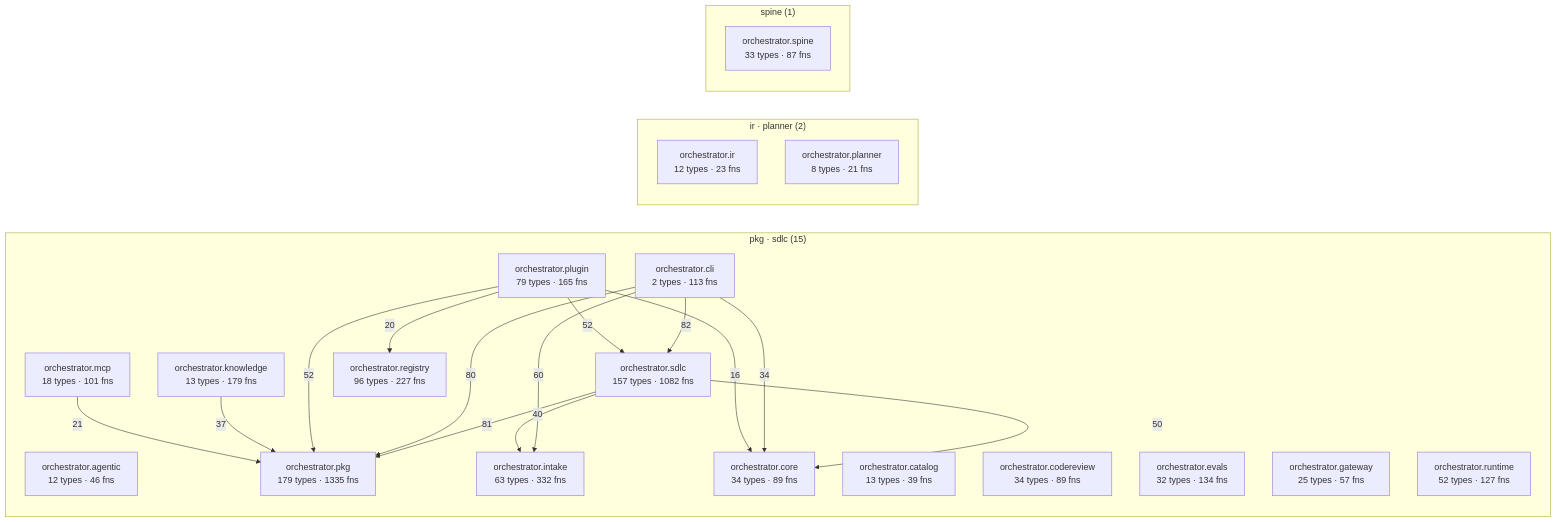
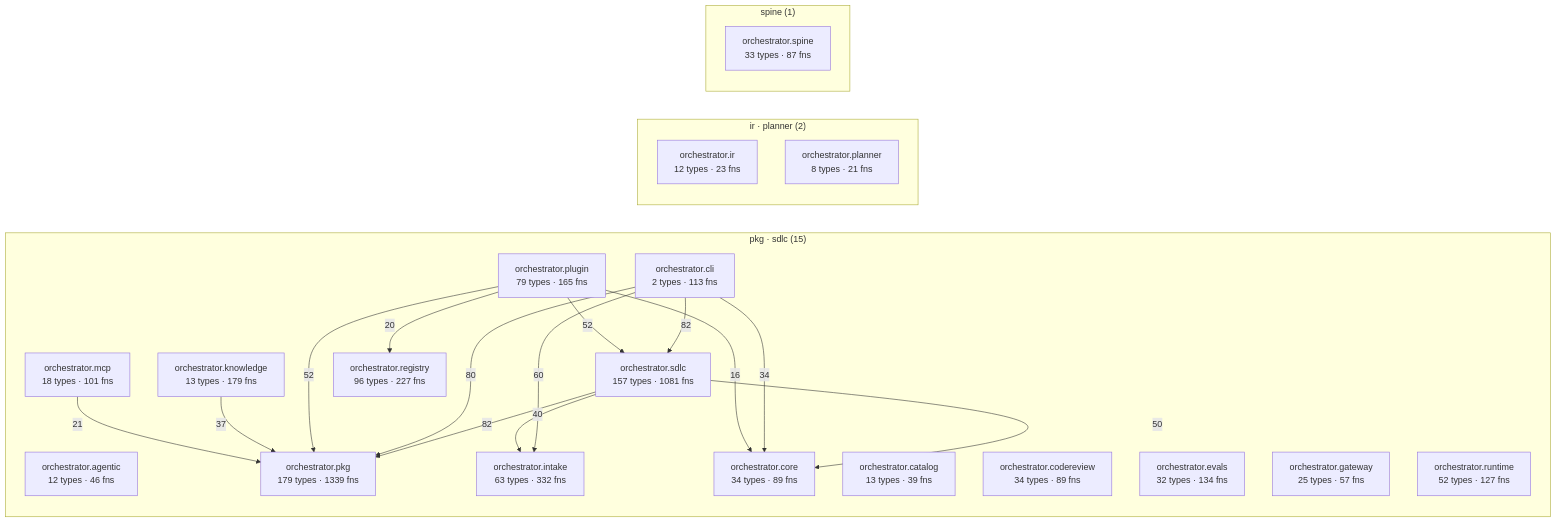
One commit to synaptixs/spine changed the diagram in episteme/architecture.md. Above: the diagram before and after it, drawn with Mermaid. The commit also changed other lines of this file and 8 other files, not shown here.

````diff
--- a/episteme/architecture.md
+++ b/episteme/architecture.md
@@ -56,40 +56,40 @@
 ```mermaid
 flowchart LR
   subgraph c_2["pkg · sdlc (15)"]
     aorchestratoragentic["orchestrator.agentic<br/>12 types · 46 fns"]
     aorchestratorcatalog["orchestrator.catalog<br/>13 types · 39 fns"]
     aorchestratorcli["orchestrator.cli<br/>2 types · 113 fns"]
     aorchestratorcodereview["orchestrator.codereview<br/>34 types · 89 fns"]
     aorchestratorcore["orchestrator.core<br/>34 types · 89 fns"]
     aorchestratorevals["orchestrator.evals<br/>32 types · 134 fns"]
     aorchestratorgateway["orchestrator.gateway<br/>25 types · 57 fns"]
     aorchestratorintake["orchestrator.intake<br/>63 types · 332 fns"]
     aorchestratorknowledge["orchestrator.knowledge<br/>13 types · 179 fns"]
     aorchestratormcp["orchestrator.mcp<br/>18 types · 101 fns"]
-    aorchestratorpkg["orchestrator.pkg<br/>179 types · 1335 fns"]
+    aorchestratorpkg["orchestrator.pkg<br/>179 types · 1339 fns"]
     aorchestratorplugin["orchestrator.plugin<br/>79 types · 165 fns"]
     aorchestratorregistry["orchestrator.registry<br/>96 types · 227 fns"]
     aorchestratorruntime["orchestrator.runtime<br/>52 types · 127 fns"]
-    aorchestratorsdlc["orchestrator.sdlc<br/>157 types · 1082 fns"]
+    aorchestratorsdlc["orchestrator.sdlc<br/>157 types · 1081 fns"]
   end
   subgraph c_5["ir · planner (2)"]
     aorchestratorir["orchestrator.ir<br/>12 types · 23 fns"]
     aorchestratorplanner["orchestrator.planner<br/>8 types · 21 fns"]
   end
   subgraph c_10["spine (1)"]
     aorchestratorspine["orchestrator.spine<br/>33 types · 87 fns"]
   end
   aorchestratorcli -->|82| aorchestratorsdlc
-  aorchestratorsdlc -->|81| aorchestratorpkg
+  aorchestratorsdlc -->|82| aorchestratorpkg
   aorchestratorcli -->|80| aorchestratorpkg
   aorchestratorcli -->|60| aorchestratorintake
   aorchestratorplugin -->|52| aorchestratorpkg
   aorchestratorplugin -->|52| aorchestratorsdlc
   aorchestratorsdlc -->|50| aorchestratorcore
   aorchestratorsdlc -->|40| aorchestratorintake
   aorchestratorknowledge -->|37| aorchestratorpkg
   aorchestratorcli -->|34| aorchestratorcore
   aorchestratormcp -->|21| aorchestratorpkg
   aorchestratorplugin -->|20| aorchestratorregistry
   aorchestratorplugin -->|16| aorchestratorcore
 ```
````
